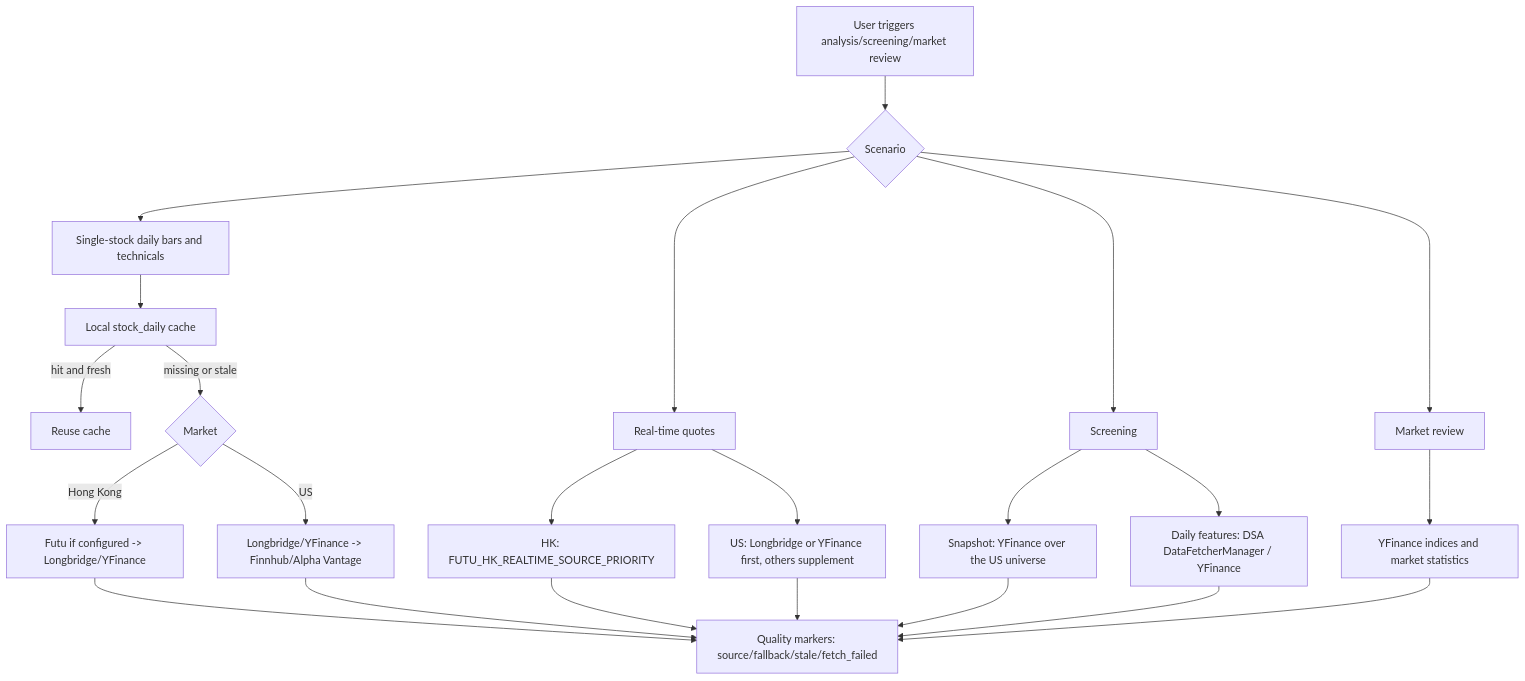
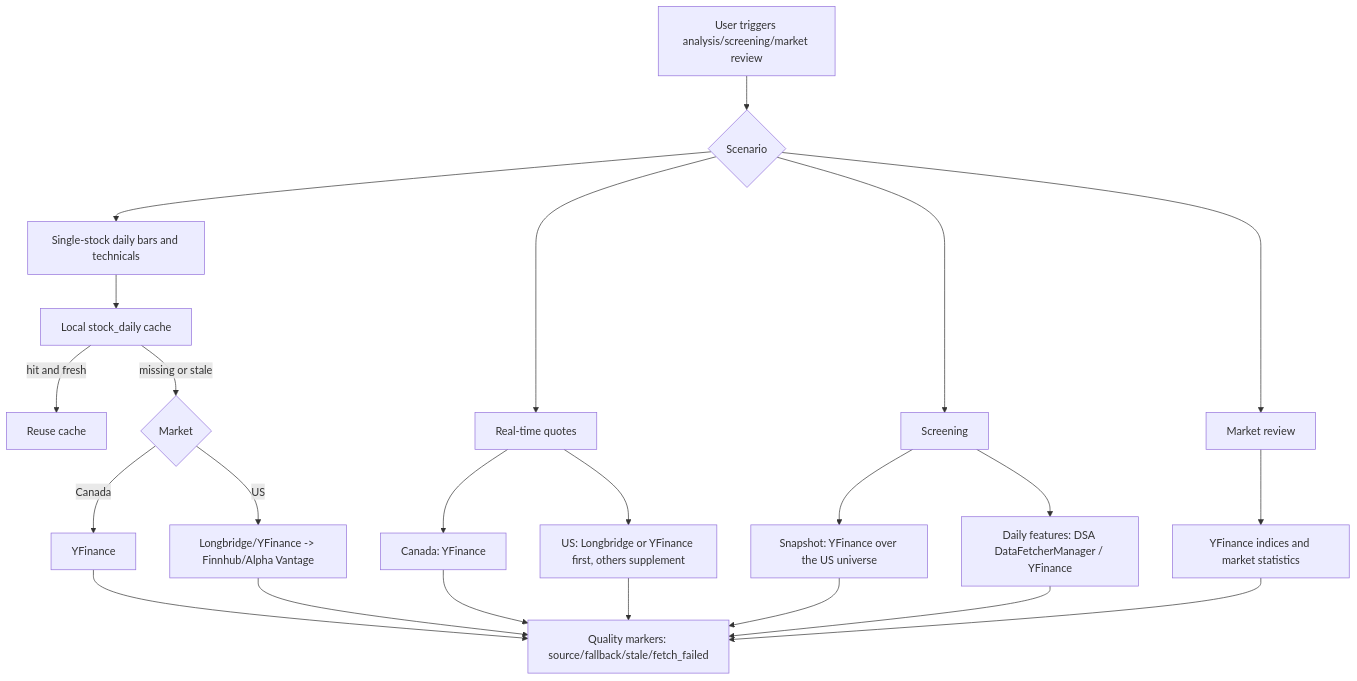
The first of 3 diagrams in docs/data-source-stability.md (sayaara/dsa), drawn with Mermaid before and after one commit. The commit also changed other lines of this file and 52 other files, not shown here.

First line of the commit message:
feat: remove Hong Kong from the web app, stock index and docs

````diff
--- a/docs/data-source-stability.md
+++ b/docs/data-source-stability.md
@@ -41,31 +41,31 @@
 ```mermaid
 flowchart TD
     Q[User triggers analysis/screening/market review] --> S{Scenario}
 
     S --> D[Single-stock daily bars and technicals]
     S --> R[Real-time quotes]
     S --> A[Screening]
     S --> M[Market review]
 
     D --> C[Local stock_daily cache]
     C -->|hit and fresh| COK[Reuse cache]
     C -->|missing or stale| DM{Market}
-    DM -->|Hong Kong| HK[Futu if configured -> Longbridge/YFinance]
+    DM -->|Canada| CA[YFinance]
     DM -->|US| US[Longbridge/YFinance -> Finnhub/Alpha Vantage]
 
-    R --> RH[HK: FUTU_HK_REALTIME_SOURCE_PRIORITY]
+    R --> RC[Canada: YFinance]
     R --> RU[US: Longbridge or YFinance first, others supplement]
 
     A --> AS[Snapshot: YFinance over the US universe]
     A --> AD[Daily features: DSA DataFetcherManager / YFinance]
 
     M --> MY[YFinance indices and market statistics]
 
-    HK --> QL[Quality markers: source/fallback/stale/fetch_failed]
+    CA --> QL[Quality markers: source/fallback/stale/fetch_failed]
     US --> QL
-    RH --> QL
+    RC --> QL
     RU --> QL
     AS --> QL
     AD --> QL
     MY --> QL
 ```
````
